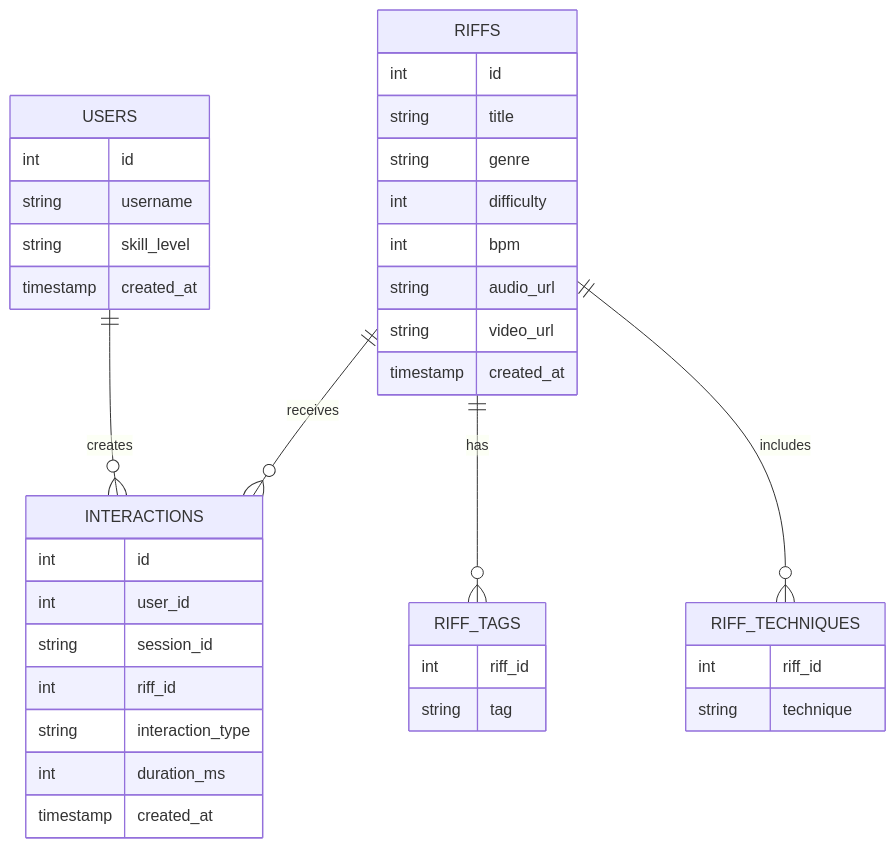
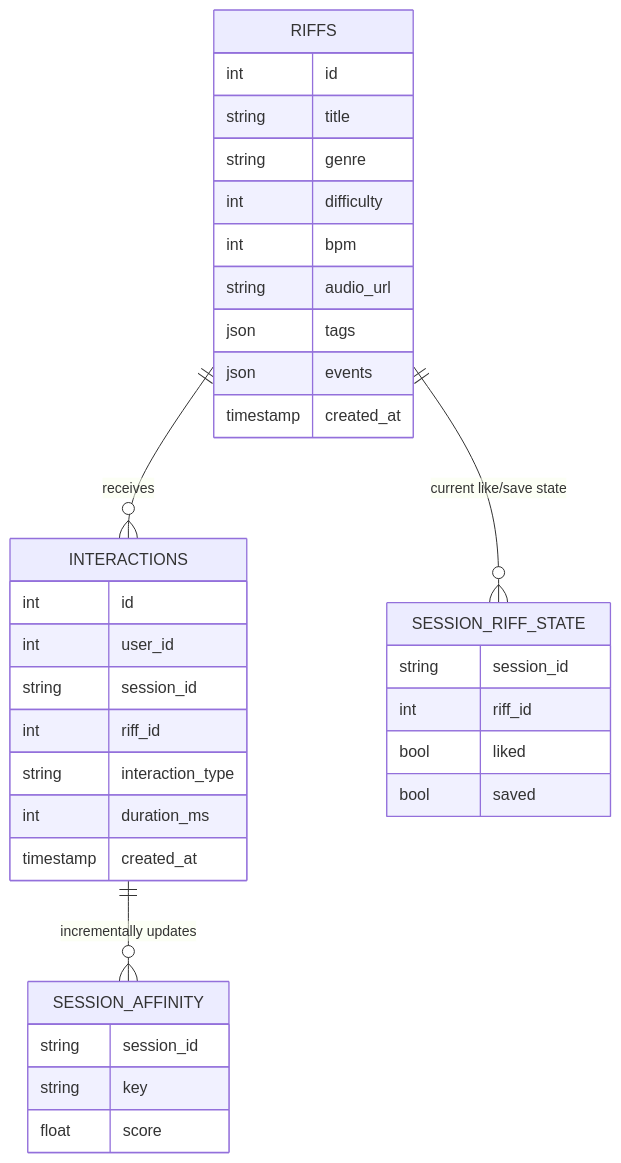
The second of 3 diagrams in README.md (Zachwm/riffly), drawn with Mermaid before and after one commit. The commit also changed other lines of this file and 14 other files, not shown here.

````diff
--- a/README.md
+++ b/README.md
@@ -183,45 +184,41 @@
 ```mermaid
 erDiagram
-    USERS {
-        int id
-        string username
-        string skill_level
-        timestamp created_at
-    }
-
     RIFFS {
         int id
         string title
         string genre
         int difficulty
         int bpm
         string audio_url
-        string video_url
+        json tags
+        json events
         timestamp created_at
     }
 
     INTERACTIONS {
         int id
         int user_id
         string session_id
         int riff_id
         string interaction_type
         int duration_ms
         timestamp created_at
     }
 
-    RIFF_TAGS {
-        int riff_id
-        string tag
+    SESSION_AFFINITY {
+        string session_id
+        string key
+        float score
     }
 
-    RIFF_TECHNIQUES {
+    SESSION_RIFF_STATE {
+        string session_id
         int riff_id
-        string technique
+        bool liked
+        bool saved
     }
 
-    USERS ||--o{ INTERACTIONS : creates
     RIFFS ||--o{ INTERACTIONS : receives
-    RIFFS ||--o{ RIFF_TAGS : has
-    RIFFS ||--o{ RIFF_TECHNIQUES : includes
+    RIFFS ||--o{ SESSION_RIFF_STATE : "current like/save state"
+    INTERACTIONS ||--o{ SESSION_AFFINITY : "incrementally updates"
 ```
````
